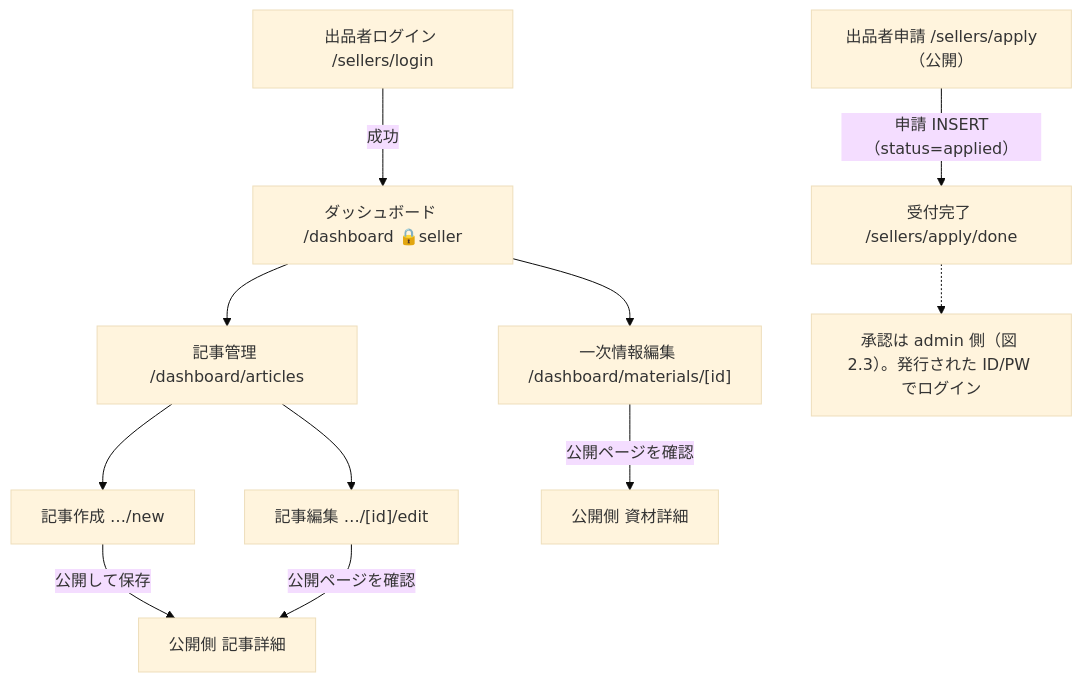
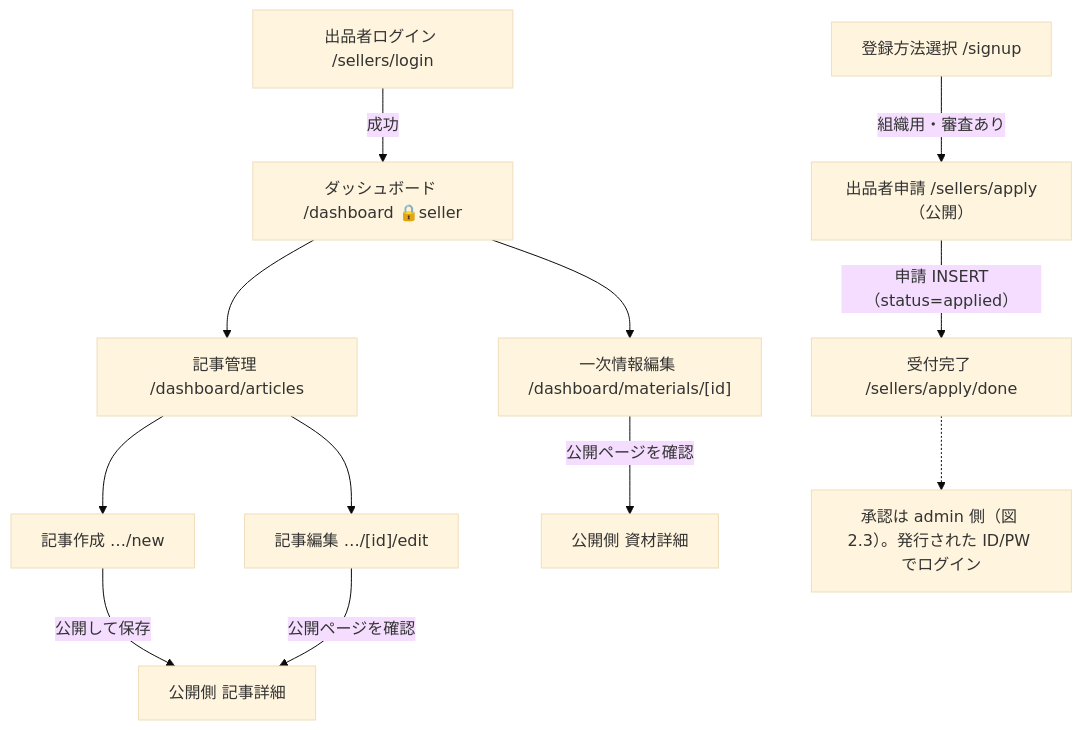
One commit to farmille/farmille changed diagram 13 of 14 in docs/rebuild/06-diagrams.md. Above: the diagram before and after it, drawn with Mermaid (base theme). The commit also changed other lines of this file and 17 other files, not shown here.

````diff
--- a/docs/rebuild/06-diagrams.md
+++ b/docs/rebuild/06-diagrams.md
@@ -697,23 +704,25 @@
 ```mermaid
 flowchart TD
+    SIGNUP["登録方法選択 /signup"]
     APPLY["出品者申請 /sellers/apply（公開）"]
     DONE["受付完了 /sellers/apply/done"]
     SLOGIN["出品者ログイン /sellers/login"]
     DASH["ダッシュボード /dashboard 🔒seller"]
     DMAT["一次情報編集 /dashboard/materials/[id]"]
     DARTS["記事管理 /dashboard/articles"]
     DANEW["記事作成 …/new"]
     DAEDIT["記事編集 …/[id]/edit"]
     PUBMAT["公開側 資材詳細"]
     PUBART["公開側 記事詳細"]
 
+    SIGNUP -->|"組織用・審査あり"| APPLY
     APPLY -->|"申請 INSERT（status=applied）"| DONE
     Note1["承認は admin 側（図 2.3）。発行された ID/PW でログイン"]
     DONE -.-> Note1
     SLOGIN -->|"成功"| DASH
     DASH --> DMAT & DARTS
     DMAT -->|"公開ページを確認"| PUBMAT
     DARTS --> DANEW & DAEDIT
     DANEW -->|"公開して保存"| PUBART
     DAEDIT -->|"公開ページを確認"| PUBART
 ```
````
